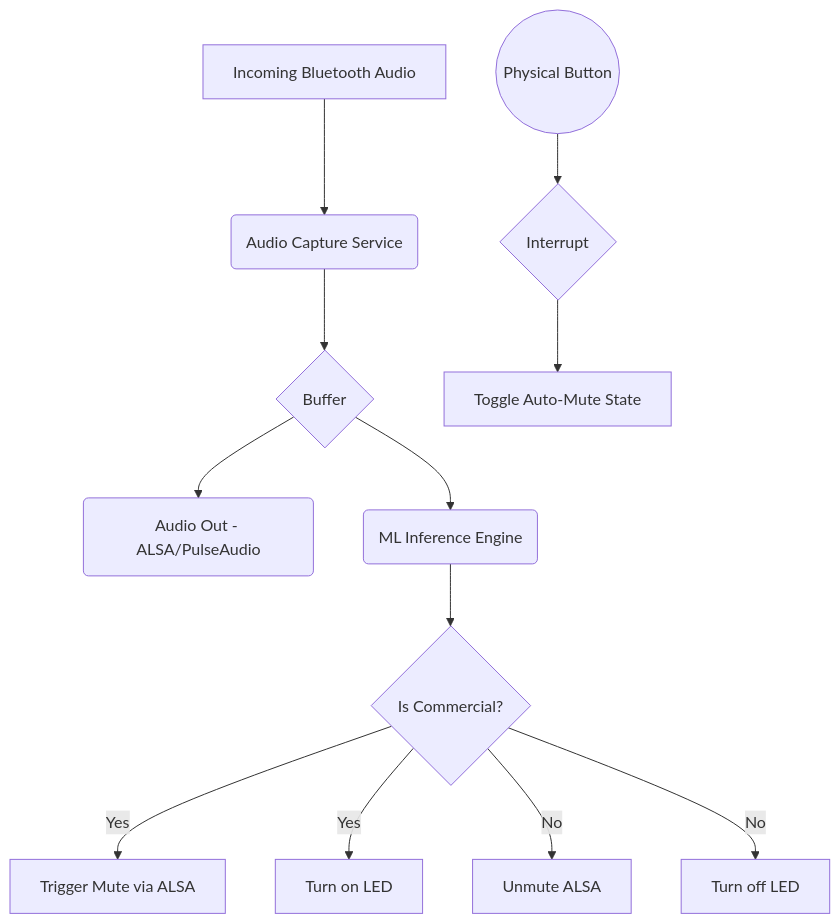
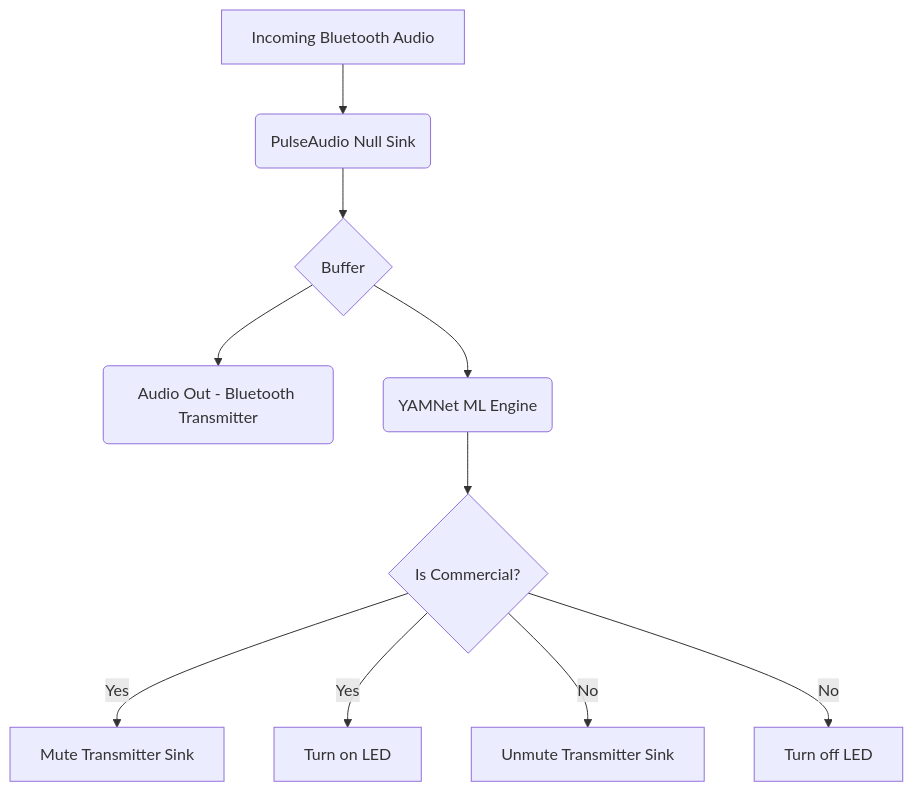
One commit to whs2k/sanity changed the second of 2 diagrams in docs/ARCHITECTURE.md. Above: the diagram before and after it, drawn with Mermaid. The commit also changed other lines of this file and 6 other files, not shown here.

Commit message:
Revise Architecture for Dual-BT and YAMNet

````diff
--- a/docs/ARCHITECTURE.md
+++ b/docs/ARCHITECTURE.md
@@ -28,18 +28,15 @@
 ```mermaid
 flowchart TD
-    A[Incoming Bluetooth Audio] --> B(Audio Capture Service)
+    A[Incoming Bluetooth Audio] --> B(PulseAudio Null Sink)
     B --> C{Buffer}
     
-    C --> D(Audio Out - ALSA/PulseAudio)
-    C --> E(ML Inference Engine)
+    C --> D(Audio Out - Bluetooth Transmitter)
+    C --> E(YAMNet ML Engine)
     
     E --> F{Is Commercial?}
-    F -- Yes --> G[Trigger Mute via ALSA]
+    F -- Yes --> G[Mute Transmitter Sink]
     F -- Yes --> H[Turn on LED]
     
-    F -- No --> I[Unmute ALSA]
+    F -- No --> I[Unmute Transmitter Sink]
     F -- No --> J[Turn off LED]
-    
-    K((Physical Button)) --> L{Interrupt}
-    L --> M[Toggle Auto-Mute State]
 ```
````
